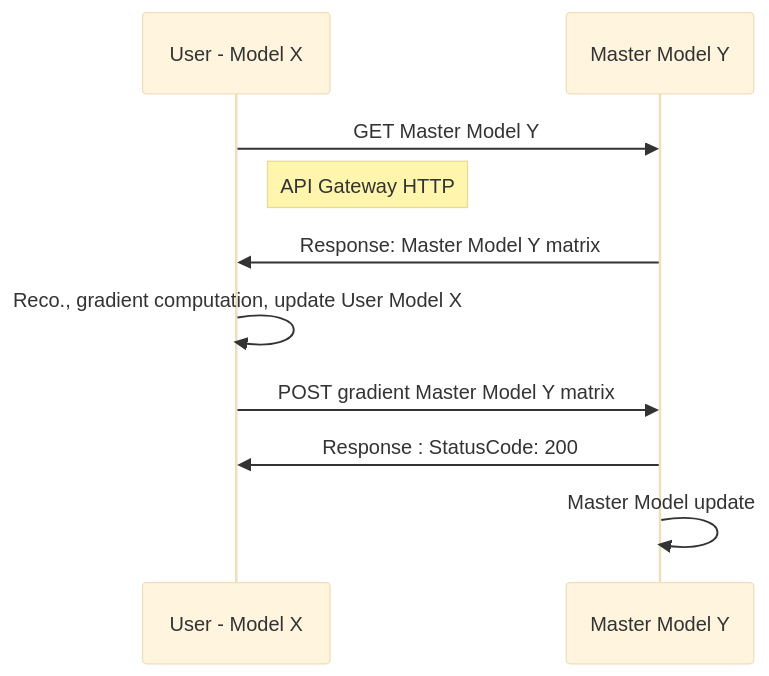
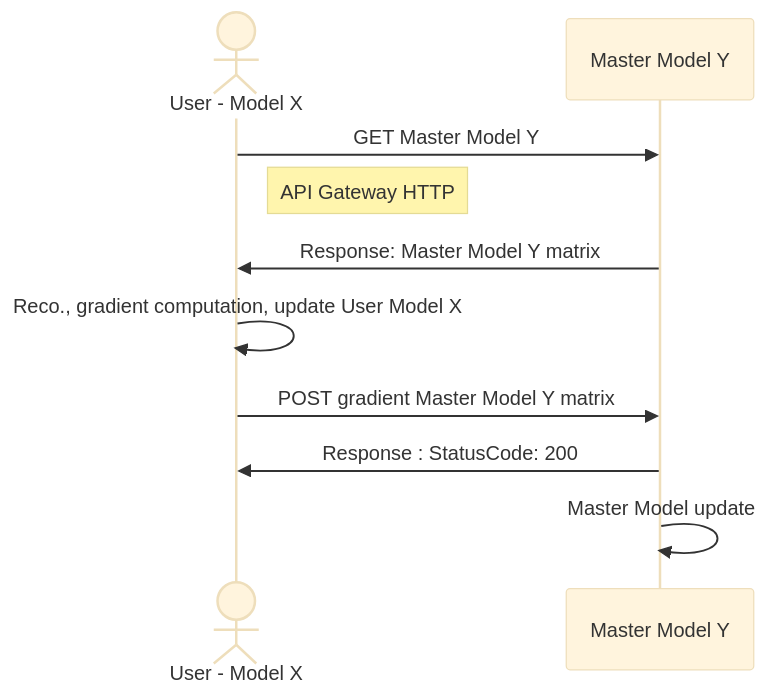
Before and after one commit to AdrKacz/super-duper-guacamole: the second of 2 diagrams in recommender-system/README.md, drawn with Mermaid (base theme). The commit also changed other lines of this file, not shown here.

Commit message:
diagrams - User

````diff
--- a/recommender-system/README.md
+++ b/recommender-system/README.md
@@ -135,12 +135,12 @@
 ```mermaid
 sequenceDiagram
-      participant User as User - Model X
+      actor User as User - Model X
       participant Model as Master Model Y
       User ->> Model: GET Master Model Y
       Note right of User: API Gateway HTTP
       Model ->> User: Response: Master Model Y matrix
       User ->> User: Reco., gradient computation, update User Model X
       User ->> Model: POST gradient Master Model Y matrix
       Model ->> User: Response : StatusCode: 200
       Model ->> Model: Master Model update
 ```
````
